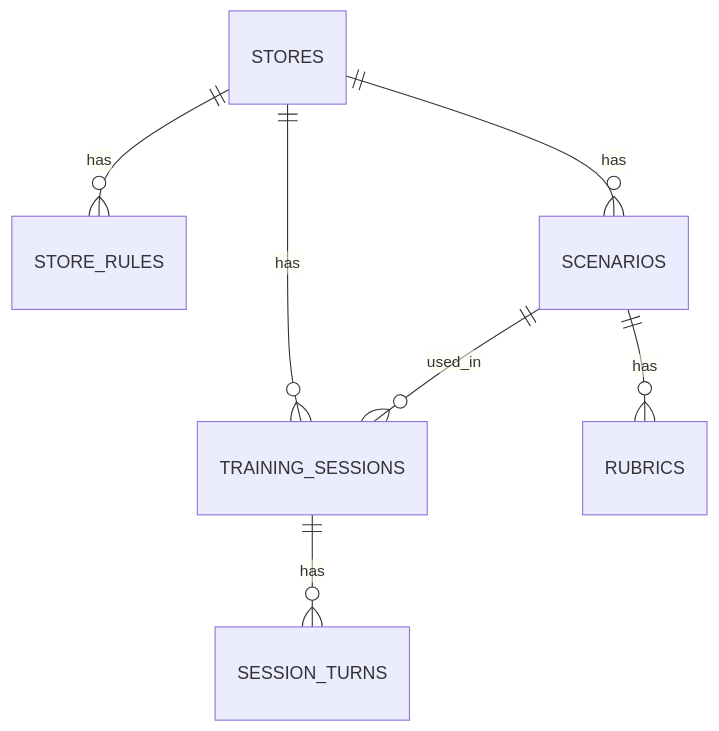
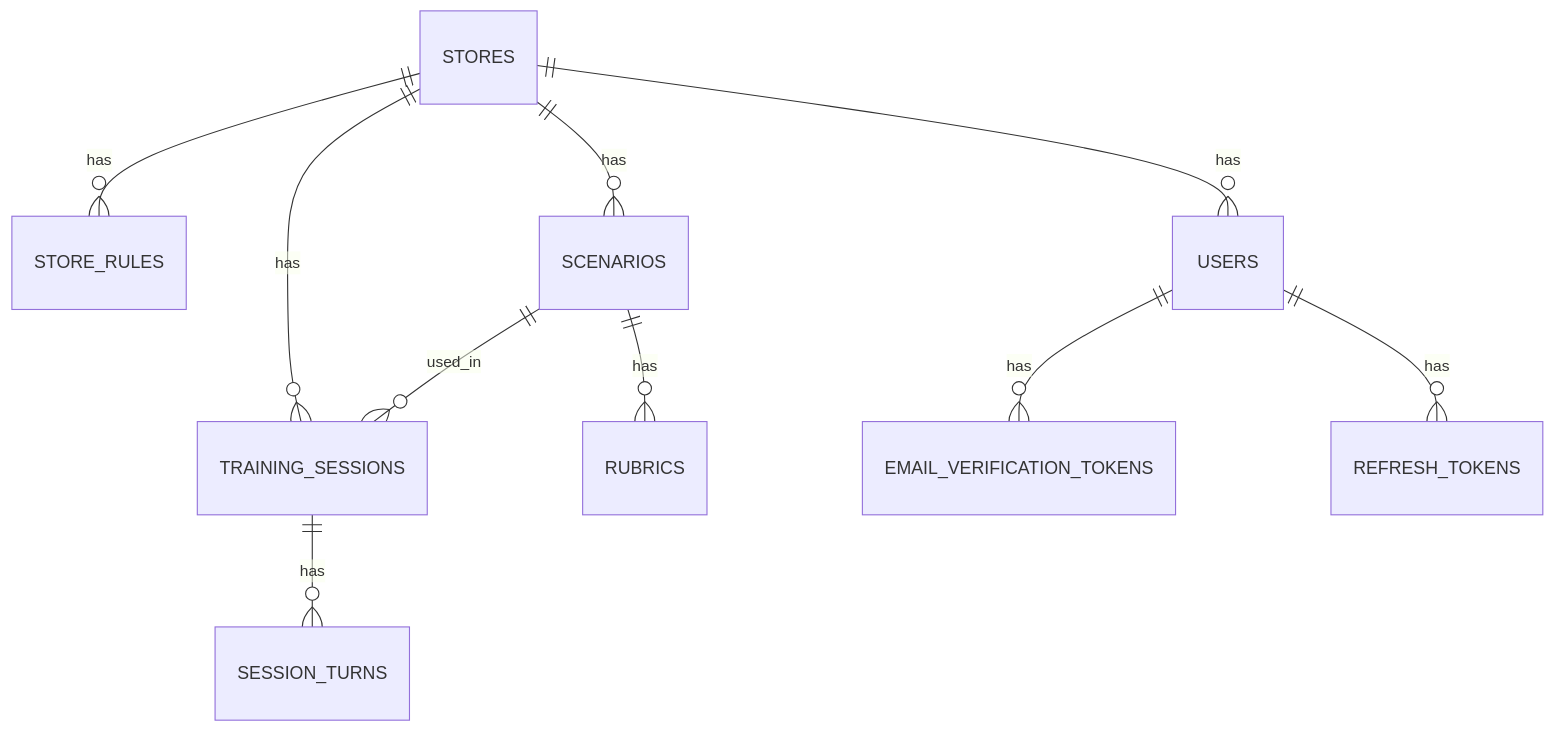
One commit to soyun11/albafit changed the diagram in docs/db-schema.md. Above: the diagram before and after it, drawn with Mermaid. The commit also changed other lines of this file and 14 other files, not shown here.

````diff
--- a/docs/db-schema.md
+++ b/docs/db-schema.md
@@ -13,9 +13,12 @@
 ```mermaid
 erDiagram
     STORES ||--o{ STORE_RULES : has
     STORES ||--o{ SCENARIOS : has
     STORES ||--o{ TRAINING_SESSIONS : has
+    STORES ||--o{ USERS : has
     SCENARIOS ||--o{ RUBRICS : has
     SCENARIOS ||--o{ TRAINING_SESSIONS : used_in
     TRAINING_SESSIONS ||--o{ SESSION_TURNS : has
+    USERS ||--o{ EMAIL_VERIFICATION_TOKENS : has
+    USERS ||--o{ REFRESH_TOKENS : has
 ```
````
